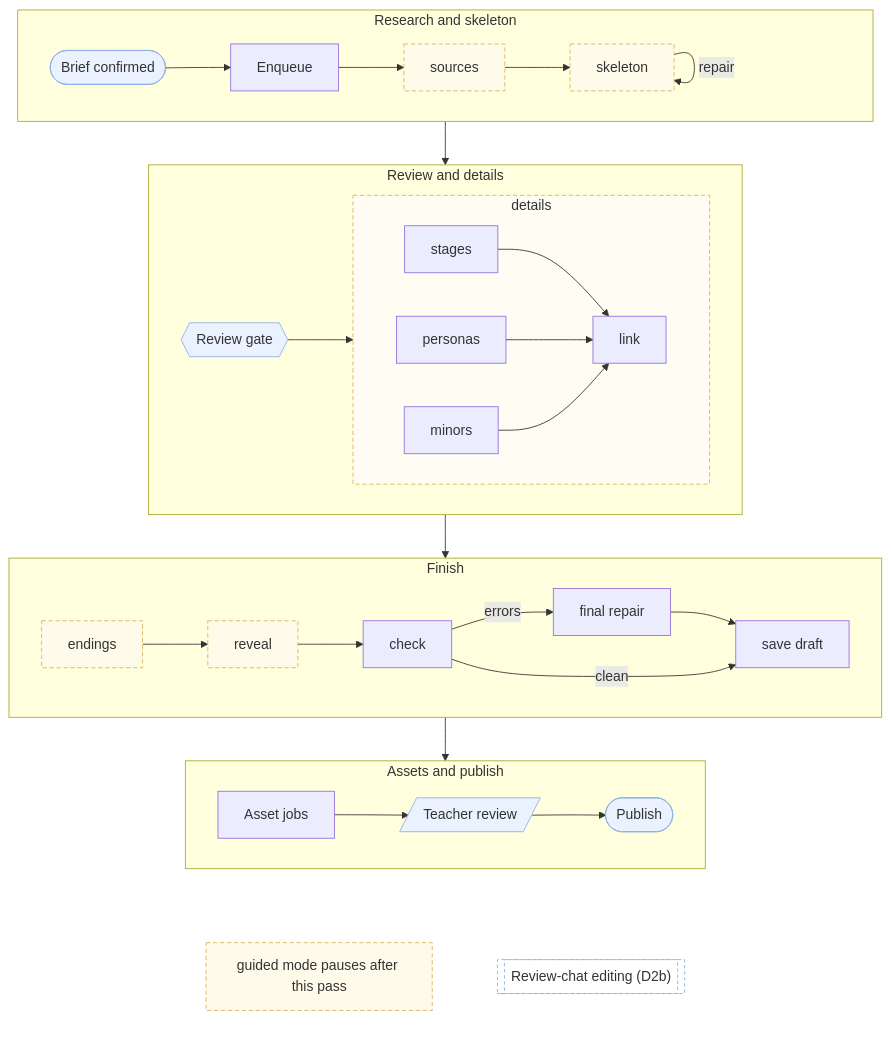
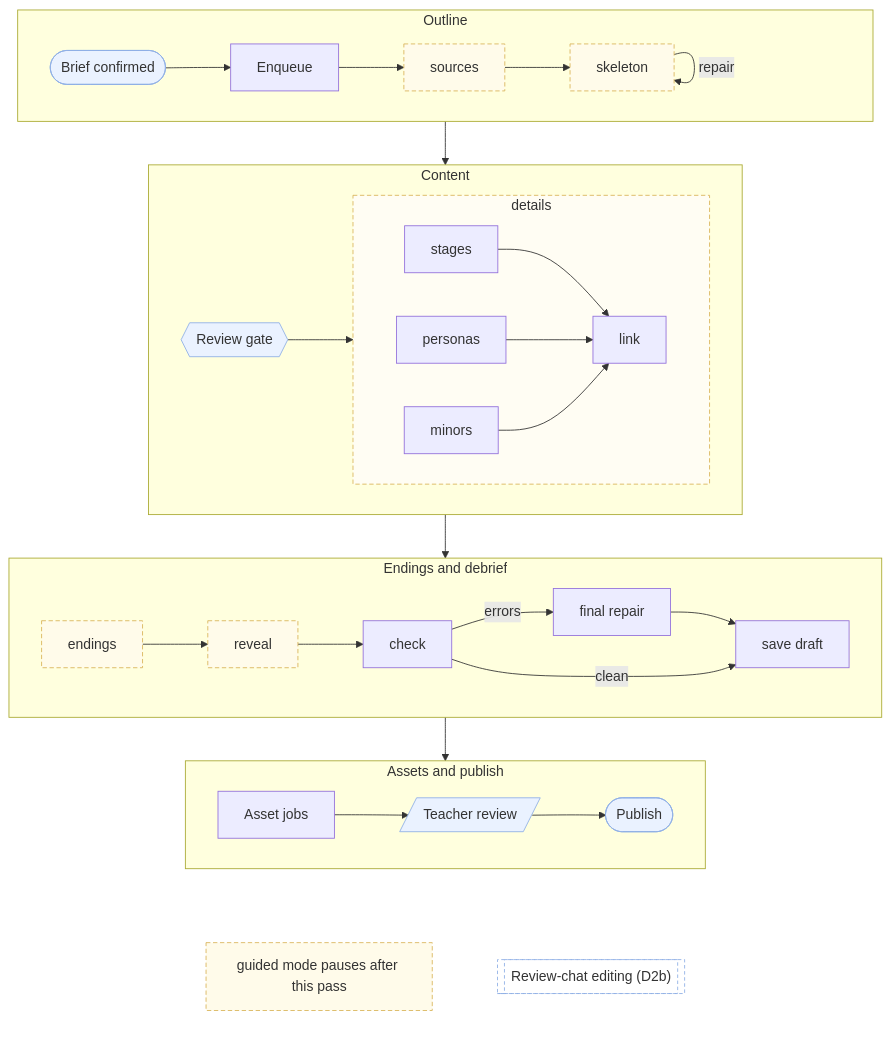
One commit to damiancxliew/CS3216_Assignment3 changed the diagram in docs/diagrams/d2-generation-pipeline.mmd. Above: the diagram before and after it, drawn with Mermaid. The commit also changed 1 other file, not shown here.

```diff
--- a/docs/diagrams/d2-generation-pipeline.mmd
+++ b/docs/diagrams/d2-generation-pipeline.mmd
@@ -1,48 +1,48 @@
 %% D2: v3 generation job. Node notes: NOTES.md
 flowchart TB
-  subgraph R1["Research and skeleton"]
+  subgraph R1["Outline"]
     direction LR
     BRIEF(["Brief confirmed"]) --> ENQ["Enqueue"] --> SRC["sources"] --> SK["skeleton"]
     SK -->|repair| SK
   end
 
-  subgraph R2["Review and details"]
+  subgraph R2["Content"]
     direction LR
     GATE{{"Review gate"}}
     subgraph DET["details"]
       direction LR
       ST["stages"] & PE["personas"] & MI["minors"] --> LK["link"]
     end
     GATE --> DET
   end
 
-  subgraph R3["Finish"]
+  subgraph R3["Endings and debrief"]
     direction LR
     END["endings"] --> RV["reveal"] --> CHK["check"]
     CHK -->|errors| FR["final repair"] --> SAVE
     CHK -->|clean| SAVE["save draft"]
   end
 
   subgraph R4["Assets and publish"]
     direction LR
     ASSETS["Asset jobs"] --> REV[/"Teacher review"/] --> PUB(["Publish"])
   end
 
   R1 --> R2 --> R3 --> R4
 
   subgraph KEY[" "]
     direction LR
     K1["guided mode pauses after this pass"]
     D2B[["Review-chat editing (D2b)"]]
     K1 ~~~ D2B
   end
   R4 ~~~ KEY
 
   classDef actor fill:#eaf2ff,stroke:#8fb0e6
   classDef xref fill:#ffffff,stroke:#8fb0e6,stroke-dasharray:4 3
   class BRIEF,GATE,REV,PUB actor
   classDef guided fill:#fffbea,stroke:#d9b55a,stroke-dasharray:5 3
   class SRC,SK,END,RV,K1 guided
   style DET fill:#fffdf3,stroke:#d9b55a,stroke-dasharray:5 3
   class D2B xref
   style KEY fill:#ffffff,stroke:#ffffff
```
